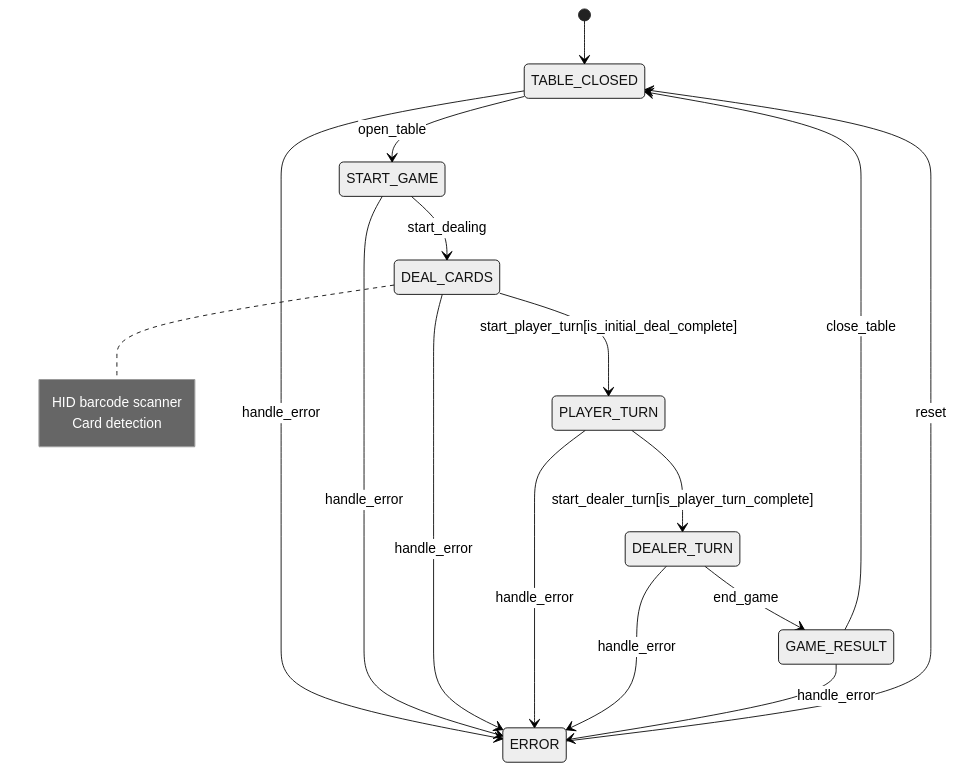
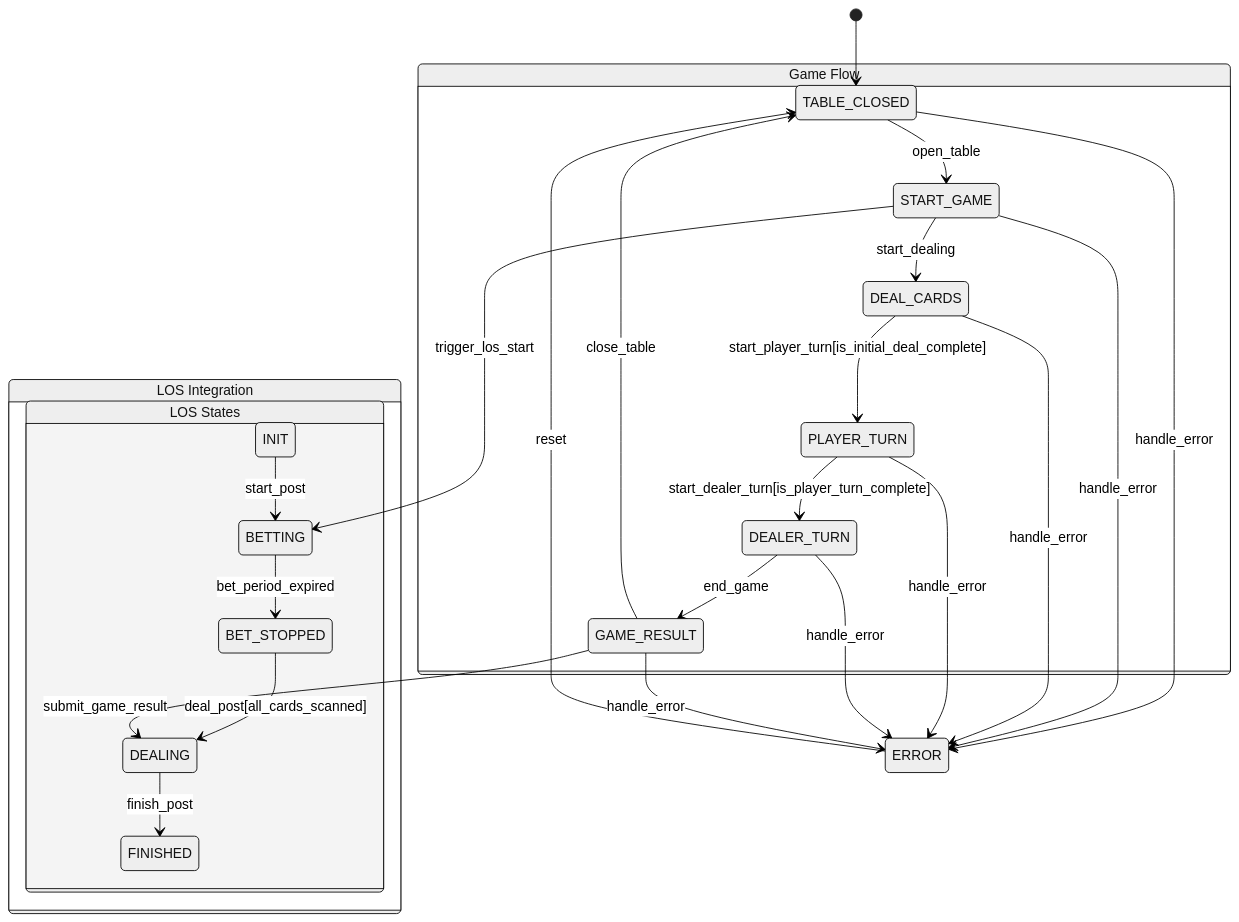
The fourth of 6 diagrams in src/refactor/README.md (ikigai-kevin-k/studio-sdp-mirror), drawn with Mermaid (neutral theme) before and after one commit. The commit also changed other lines of this file, not shown here.

Commit message:
x2,x5,los  describtion

````diff
--- a/src/refactor/README.md
+++ b/src/refactor/README.md
@@ -87,24 +120,34 @@
 ```mermaid
 stateDiagram-v2
     [*] --> TABLE_CLOSED
-    TABLE_CLOSED --> START_GAME: open_table
-    START_GAME --> DEAL_CARDS: start_dealing
-    DEAL_CARDS --> PLAYER_TURN: start_player_turn[is_initial_deal_complete]
-    PLAYER_TURN --> DEALER_TURN: start_dealer_turn[is_player_turn_complete]
-    DEALER_TURN --> GAME_RESULT: end_game
-    GAME_RESULT --> TABLE_CLOSED: close_table
+    
+    state "Game Flow" as GF {
+        TABLE_CLOSED --> START_GAME: open_table
+        START_GAME --> DEAL_CARDS: start_dealing
+        DEAL_CARDS --> PLAYER_TURN: start_player_turn[is_initial_deal_complete]
+        PLAYER_TURN --> DEALER_TURN: start_dealer_turn[is_player_turn_complete]
+        DEALER_TURN --> GAME_RESULT: end_game
+        GAME_RESULT --> TABLE_CLOSED: close_table
+    }
+    
+    state "LOS Integration" as LOS {
+        state "LOS States" as LS {
+            INIT --> BETTING: start_post
+            BETTING --> BET_STOPPED: bet_period_expired
+            BET_STOPPED --> DEALING: deal_post[all_cards_scanned]
+            DEALING --> FINISHED: finish_post
+        }
+    }
+    
+    START_GAME --> BETTING: trigger_los_start
+    GAME_RESULT --> DEALING: submit_game_result
     
     state ERROR
     TABLE_CLOSED --> ERROR: handle_error
     START_GAME --> ERROR: handle_error
     DEAL_CARDS --> ERROR: handle_error
     PLAYER_TURN --> ERROR: handle_error
     DEALER_TURN --> ERROR: handle_error
     GAME_RESULT --> ERROR: handle_error
     ERROR --> TABLE_CLOSED: reset
-    
-    note right of DEAL_CARDS
-        HID barcode scanner
-        Card detection
-    end note
 ```
````
